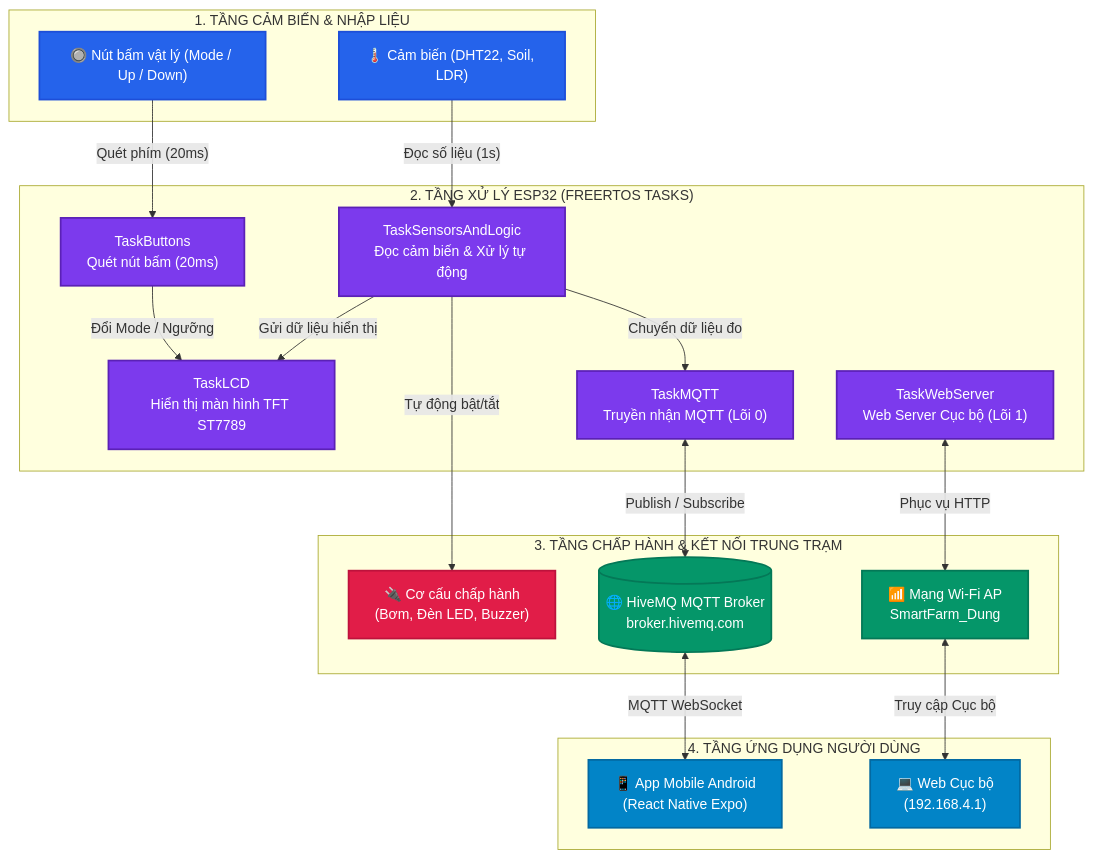
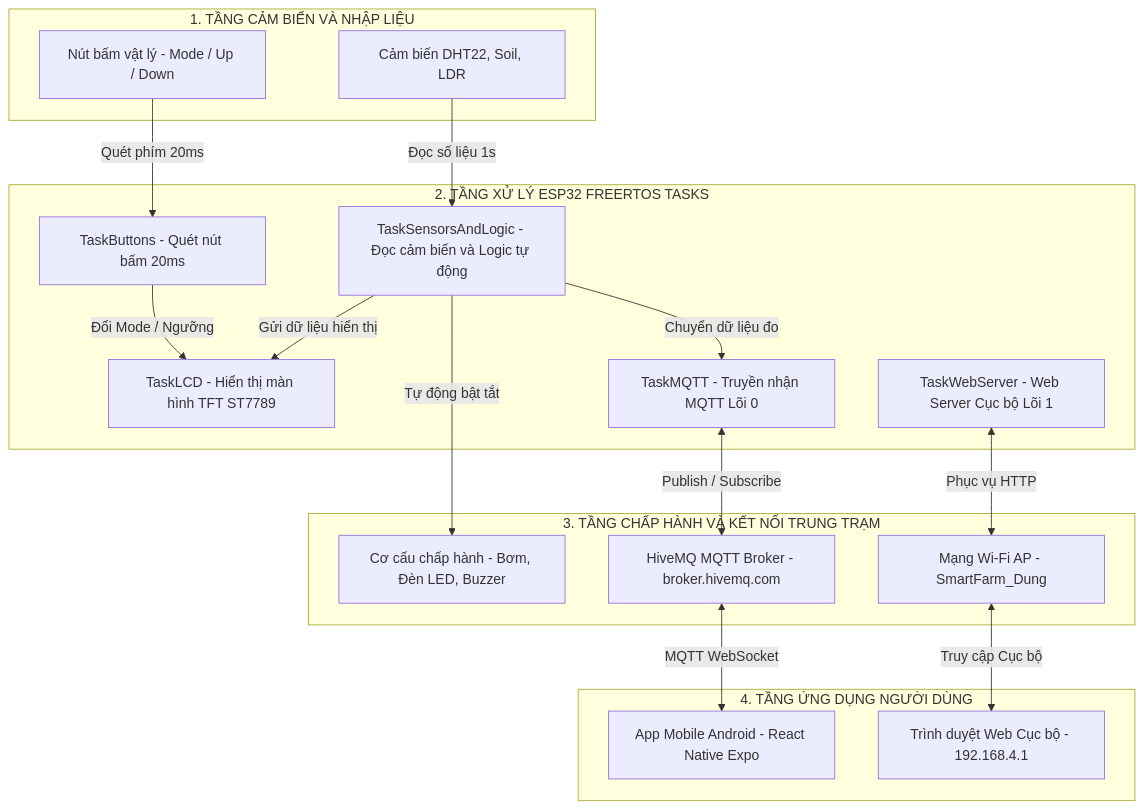
Before and after one commit to tranntnd27-lab/smart_iot_plant_app: the second of 2 diagrams in README.md, drawn with Mermaid. The commit also changed other lines of this file, not shown here.

Commit message:
Fix GitHub Mermaid rendering compatibility

````diff
--- a/README.md
+++ b/README.md
@@ -161,49 +161,39 @@
 ```mermaid
 flowchart TD
-    %% Custom Styling Classes
-    classDef inputStyle fill:#2563eb,stroke:#1d4ed8,stroke-width:2px,color:#ffffff;
-    classDef taskStyle fill:#7c3aed,stroke:#5b21b6,stroke-width:2px,color:#ffffff;
-    classDef outputStyle fill:#e11d48,stroke:#be123c,stroke-width:2px,color:#ffffff;
-    classDef cloudStyle fill:#059669,stroke:#047857,stroke-width:2px,color:#ffffff;
-    classDef clientStyle fill:#0284c7,stroke:#0369a1,stroke-width:2px,color:#ffffff;
-
-    subgraph L1 ["1. TẦNG CẢM BIẾN & NHẬP LIỆU"]
-        Sensors["🌡️ Cảm biến (DHT22, Soil, LDR)"]:::inputStyle
-        Buttons["🔘 Nút bấm vật lý (Mode / Up / Down)"]:::inputStyle
+    subgraph L1 ["1. TẦNG CẢM BIẾN VÀ NHẬP LIỆU"]
+        Sensors["Cảm biến DHT22, Soil, LDR"]
+        Buttons["Nút bấm vật lý - Mode / Up / Down"]
     end
 
-    subgraph L2 ["2. TẦNG XỬ LÝ ESP32 (FREERTOS TASKS)"]
-        tSensors["TaskSensorsAndLogic<br/>Đọc cảm biến & Xử lý tự động"]:::taskStyle
-        tButtons["TaskButtons<br/>Quét nút bấm (20ms)"]:::taskStyle
-        tLCD["TaskLCD<br/>Hiển thị màn hình TFT ST7789"]:::taskStyle
-        tMQTT["TaskMQTT<br/>Truyền nhận MQTT (Lõi 0)"]:::taskStyle
-        tWeb["TaskWebServer<br/>Web Server Cục bộ (Lõi 1)"]:::taskStyle
+    subgraph L2 ["2. TẦNG XỬ LÝ ESP32 FREERTOS TASKS"]
+        tSensors["TaskSensorsAndLogic - Đọc cảm biến và Logic tự động"]
+        tButtons["TaskButtons - Quét nút bấm 20ms"]
+        tLCD["TaskLCD - Hiển thị màn hình TFT ST7789"]
+        tMQTT["TaskMQTT - Truyền nhận MQTT Lõi 0"]
+        tWeb["TaskWebServer - Web Server Cục bộ Lõi 1"]
     end
 
-    subgraph L3 ["3. TẦNG CHẤP HÀNH & KẾT NỐI TRUNG TRẠM"]
-        Actuators["🔌 Cơ cấu chấp hành<br/>(Bơm, Đèn LED, Buzzer)"]:::outputStyle
-        Broker[("🌐 HiveMQ MQTT Broker<br/>broker.hivemq.com")]:::cloudStyle
-        LocalAP["📶 Mạng Wi-Fi AP<br/>SmartFarm_Dung"]:::cloudStyle
+    subgraph L3 ["3. TẦNG CHẤP HÀNH VÀ KẾT NỐI TRUNG TRẠM"]
+        Actuators["Cơ cấu chấp hành - Bơm, Đèn LED, Buzzer"]
+        Broker["HiveMQ MQTT Broker - broker.hivemq.com"]
+        LocalAP["Mạng Wi-Fi AP - SmartFarm_Dung"]
     end
 
     subgraph L4 ["4. TẦNG ỨNG DỤNG NGƯỜI DÙNG"]
-        MobileApp["📱 App Mobile Android<br/>(React Native Expo)"]:::clientStyle
-        LocalWeb["💻 Web Cục bộ<br/>(192.168.4.1)"]:::clientStyle
+        MobileApp["App Mobile Android - React Native Expo"]
+        LocalWeb["Trình duyệt Web Cục bộ - 192.168.4.1"]
     end
 
-    %% Luồng 1: Cảm biến -> Logic -> Chấp hành & MQTT (Đi thẳng xuống)
-    Sensors -->|"Đọc số liệu (1s)"| tSensors
-    tSensors -->|"Tự động bật/tắt"| Actuators
+    Sensors -->|"Đọc số liệu 1s"| tSensors
+    tSensors -->|"Tự động bật tắt"| Actuators
     tSensors -->|"Chuyển dữ liệu đo"| tMQTT
     tMQTT <-->|"Publish / Subscribe"| Broker
     Broker <-->|"MQTT WebSocket"| MobileApp
 
-    %% Luồng 2: Nút bấm -> TaskButtons -> TaskLCD (Đi thẳng xuống)
-    Buttons -->|"Quét phím (20ms)"| tButtons
+    Buttons -->|"Quét phím 20ms"| tButtons
     tButtons -->|"Đổi Mode / Ngưỡng"| tLCD
     tSensors -->|"Gửi dữ liệu hiển thị"| tLCD
 
-    %% Luồng 3: Web Server -> Wi-Fi AP -> Local Web (Đi thẳng xuống)
     tWeb <-->|"Phục vụ HTTP"| LocalAP
     LocalAP <-->|"Truy cập Cục bộ"| LocalWeb
 ```
````
